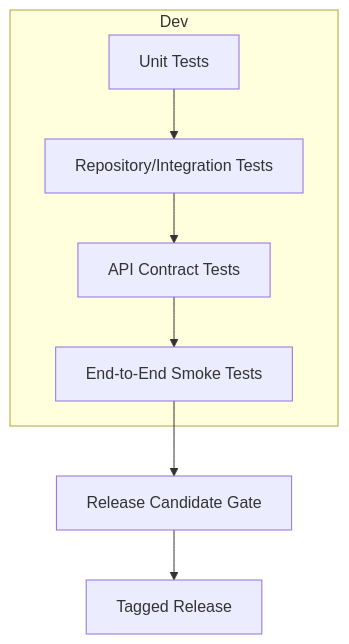
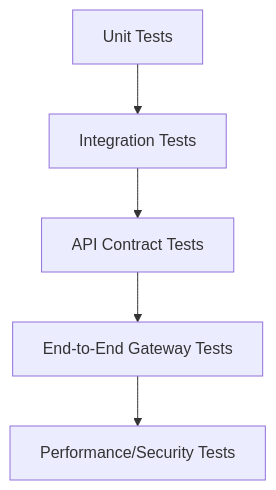
The first of 2 diagrams in docs/TEST_STRATEGY.md (reiidoda/InvesteRei), drawn with Mermaid before and after one commit. The commit also changed other lines of this file and 21 other files, not shown here.

Commit message:
docs: add enterprise architecture and engineering documentation suite

````diff
--- a/docs/TEST_STRATEGY.md
+++ b/docs/TEST_STRATEGY.md
@@ -24,15 +10,7 @@
 ```mermaid
 flowchart TB
-  subgraph Dev
-    U["Unit Tests"]
-    R["Repository/Integration Tests"]
-    A["API Contract Tests"]
-    E["End-to-End Smoke Tests"]
-  end
-
-  U --> R
-  R --> A
-  A --> E
-  E --> GATE["Release Candidate Gate"]
-  GATE --> REL["Tagged Release"]
+  U["Unit Tests"] --> I["Integration Tests"]
+  I --> C["API Contract Tests"]
+  C --> E["End-to-End Gateway Tests"]
+  E --> P["Performance/Security Tests"]
 ```
````
